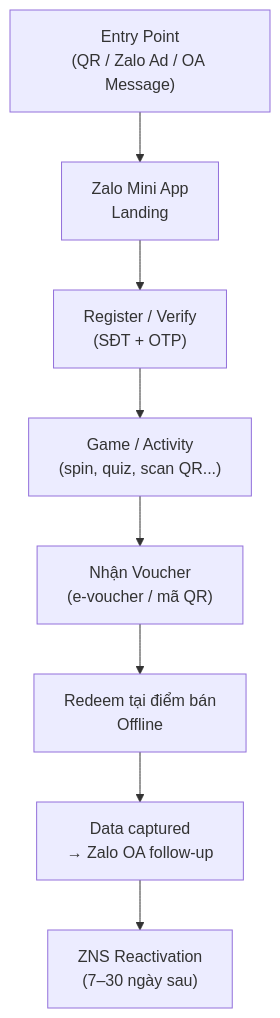
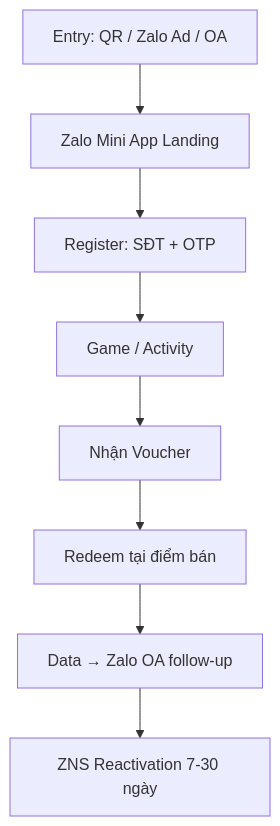
The diagram in backend/agents/product_solution_agent/SKILL.md (ThanhNguyen03/daidaidi-claw-hackathon), drawn with Mermaid before and after one commit. The commit also changed other lines of this file and 5 other files, not shown here.

````diff
--- a/backend/agents/product_solution_agent/SKILL.md
+++ b/backend/agents/product_solution_agent/SKILL.md
@@ -26,10 +26,10 @@
 ```mermaid
 flowchart TD
-    A["Entry Point\n(QR / Zalo Ad / OA Message)"] --> B["Zalo Mini App\nLanding"]
-    B --> C["Register / Verify\n(SĐT + OTP)"]
-    C --> D["Game / Activity\n(spin, quiz, scan QR...)"]
-    D --> E["Nhận Voucher\n(e-voucher / mã QR)"]
-    E --> F["Redeem tại điểm bán\nOffline"]
-    F --> G["Data captured\n→ Zalo OA follow-up"]
-    G --> H["ZNS Reactivation\n(7–30 ngày sau)"]
+    A["Entry: QR / Zalo Ad / OA"] --> B["Zalo Mini App Landing"]
+    B --> C["Register: SĐT + OTP"]
+    C --> D["Game / Activity"]
+    D --> E["Nhận Voucher"]
+    E --> F["Redeem tại điểm bán"]
+    F --> G["Data → Zalo OA follow-up"]
+    G --> H["ZNS Reactivation 7-30 ngày"]
 ```
````
